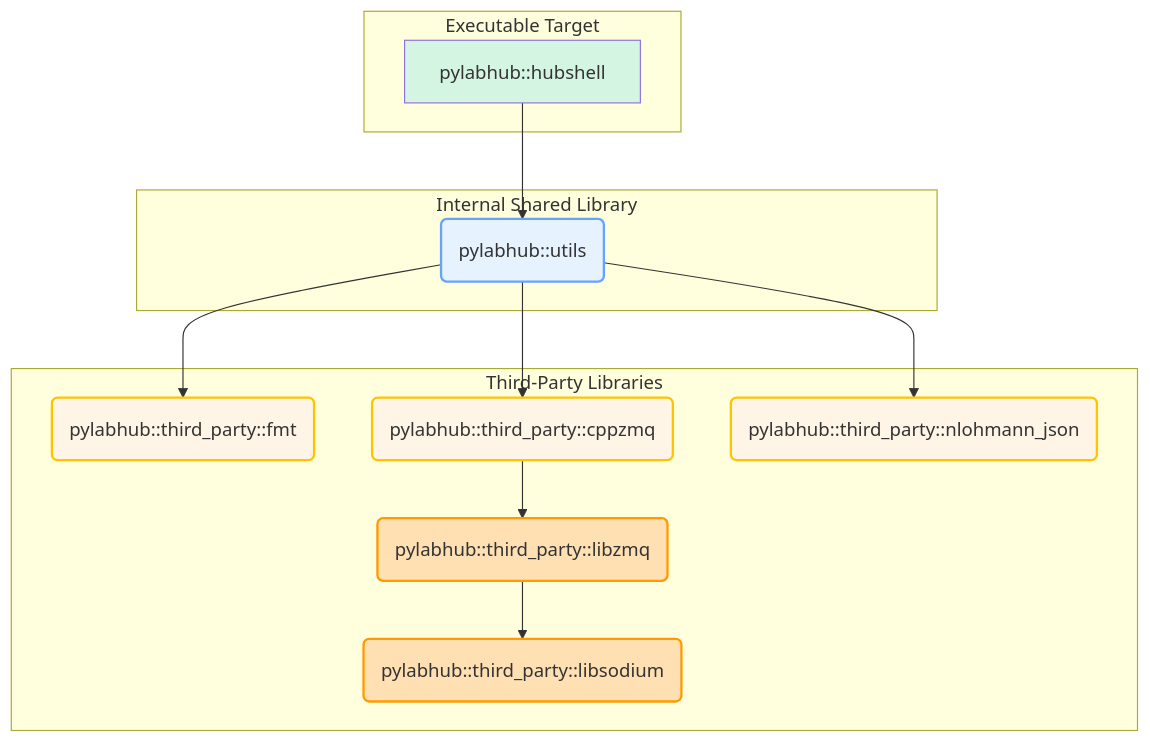
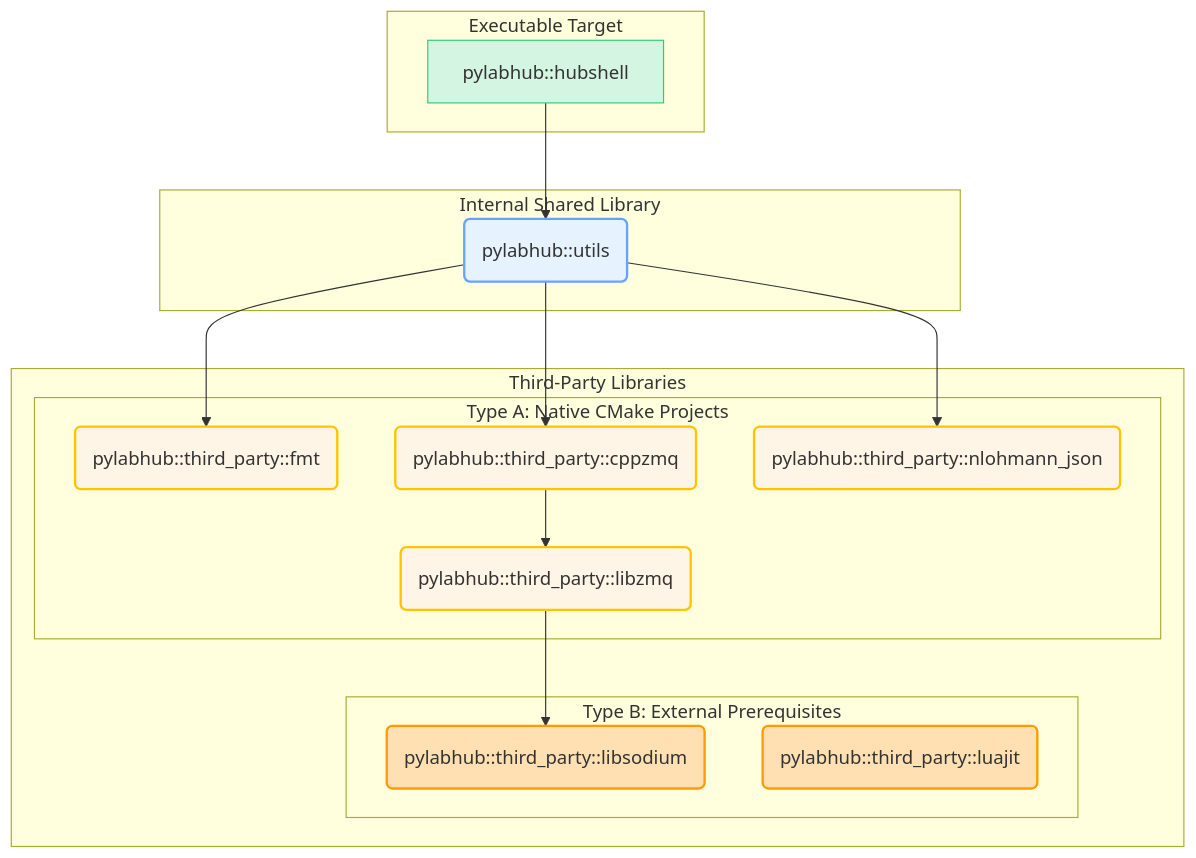
One commit to Qing-LAB/pylabhub changed the first of 2 diagrams in cpp/docs/README_CMake_Design.md. Above: the diagram before and after it, drawn with Mermaid. The commit also changed other lines of this file and 8 other files, not shown here.

Commit message:
fix building and staging problems for third party

````diff
--- a/cpp/docs/README_CMake_Design.md
+++ b/cpp/docs/README_CMake_Design.md
@@ -81,33 +89,39 @@
 ```mermaid
 graph TD
     subgraph "Executable Target"
         A[pylabhub::hubshell]
     end
-    
+
     subgraph "Internal Shared Library"
         B(pylabhub::utils)
     end
-    
+
     subgraph "Third-Party Libraries"
-        C(pylabhub::third_party::fmt)
-        D(pylabhub::third_party::cppzmq)
-        E(pylabhub::third_party::nlohmann_json)
-        F(pylabhub::third_party::libzmq)
-        G(pylabhub::third_party::libsodium)
+        subgraph "Type A: Native CMake Projects"
+            C(pylabhub::third_party::fmt)
+            D(pylabhub::third_party::cppzmq)
+            E(pylabhub::third_party::nlohmann_json)
+            F(pylabhub::third_party::libzmq)
+        end
+        subgraph "Type B: External Prerequisites"
+            G(pylabhub::third_party::libsodium)
+            H(pylabhub::third_party::luajit)
+        end
     end
-    
+
     A --> B;
     B --> C;
     B --> D;
     B --> E;
     D --> F;
     F --> G;
 
-    style A fill:#D5F5E3
+    style A fill:#D5F5E3,stroke:#2ECC71
     style B fill:#E6F3FF,stroke:#66a3ff,stroke-width:2px
     style C fill:#FFF5E6,stroke:#FFC300,stroke-width:2px
     style D fill:#FFF5E6,stroke:#FFC300,stroke-width:2px
     style E fill:#FFF5E6,stroke:#FFC300,stroke-width:2px
-    style F fill:#FFE0B3,stroke:#FF9A00,stroke-width:2px
+    style F fill:#FFF5E6,stroke:#FFC300,stroke-width:2px
     style G fill:#FFE0B3,stroke:#FF9A00,stroke-width:2px
+    style H fill:#FFE0B3,stroke:#FF9A00,stroke-width:2px
 ```
````
